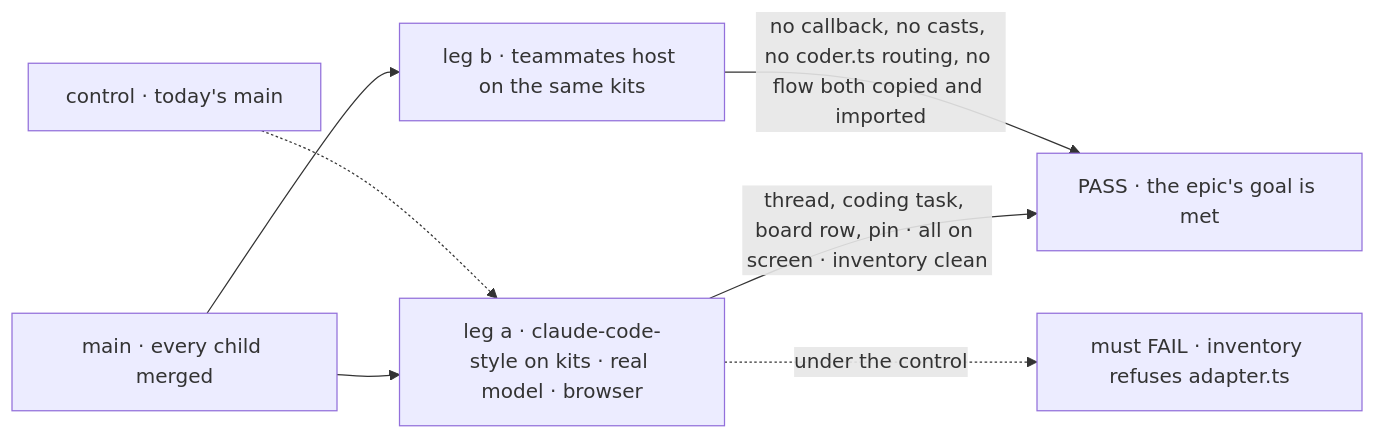
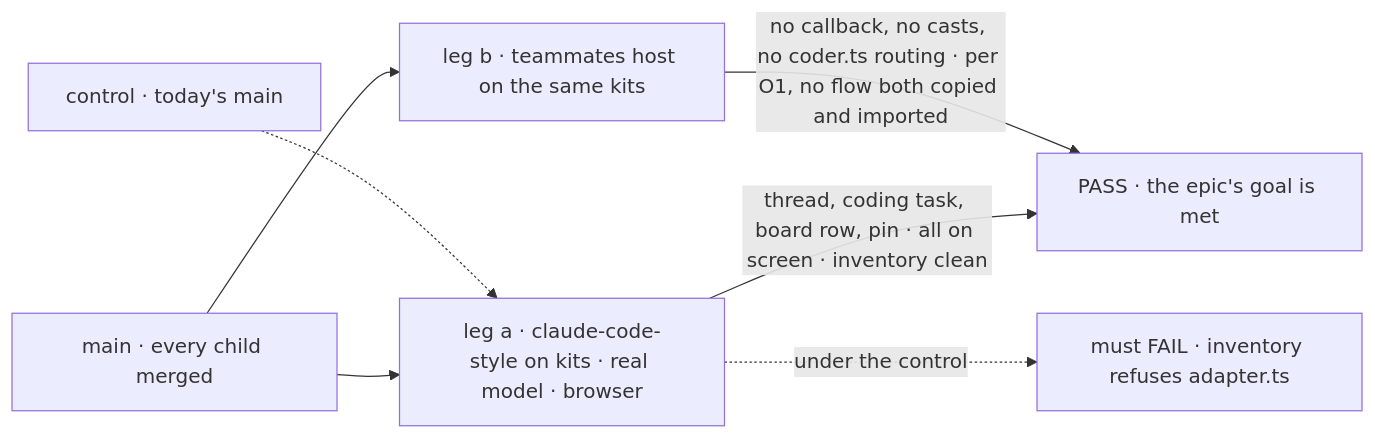
Before and after one commit to fixpoint-labs/flow-state-dev: the first of 2 diagrams in specs/epics/FIX-2618/SPEC.md, drawn with Mermaid. The commit also changed other lines of this file and 1 other file, not shown here.

````diff
--- a/specs/epics/FIX-2618/SPEC.md
+++ b/specs/epics/FIX-2618/SPEC.md
@@ -35,9 +35,9 @@
 ```mermaid
 flowchart LR
   M["main · every child merged"] --> A["leg a · claude-code-style on kits · real model · browser"]
   M --> B["leg b · teammates host on the same kits"]
   A -->|"thread, coding task, board row, pin · all on screen · inventory clean"| P["PASS · the epic's goal is met"]
-  B -->|"no callback, no casts, no coder.ts routing, no flow both copied and imported"| P
+  B -->|"no callback, no casts, no coder.ts routing · per O1, no flow both copied and imported"| P
   C["control · today's main"] -.-> A
   A -.->|"under the control"| F["must FAIL · inventory refuses adapter.ts"]
 ```
````
